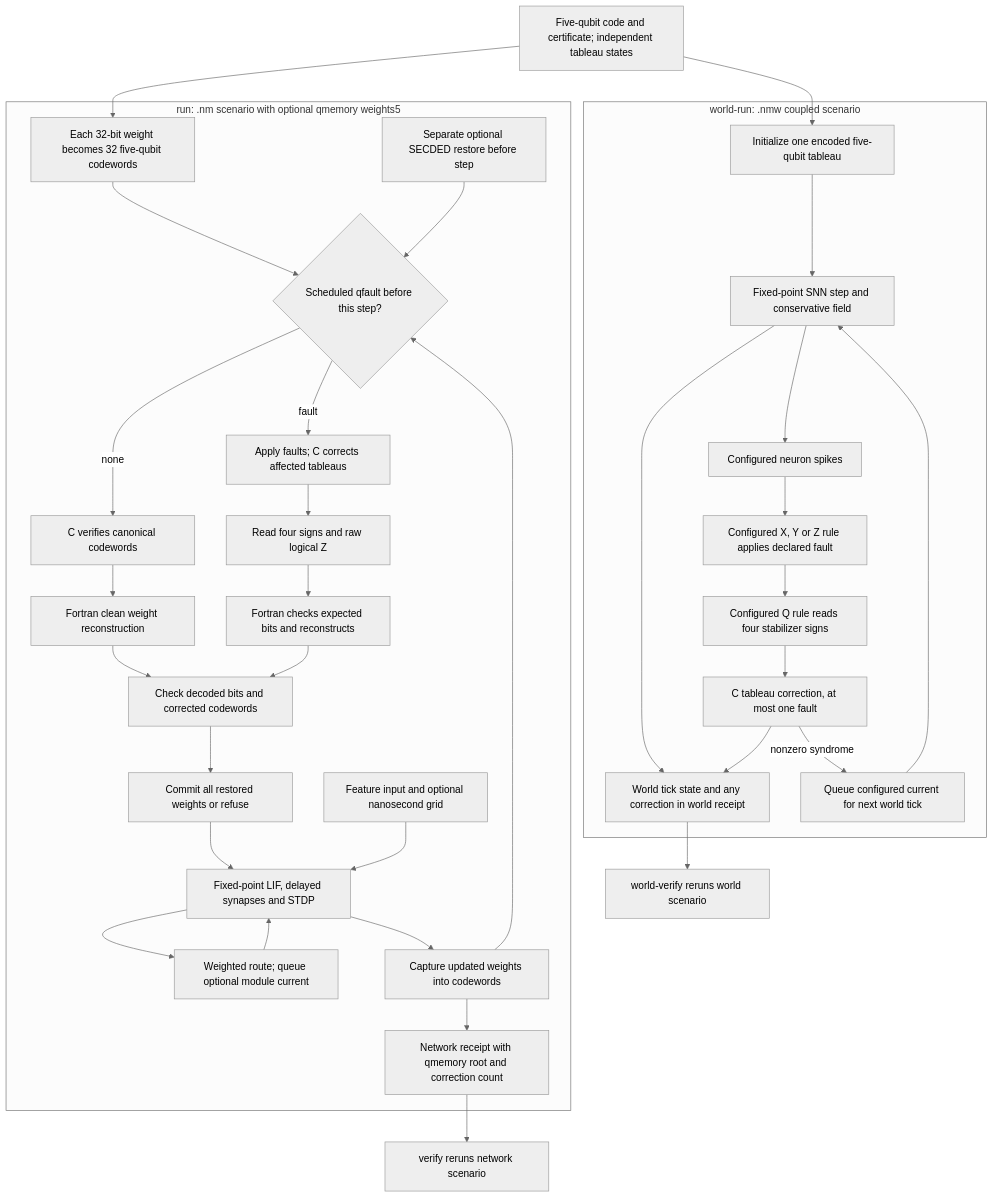
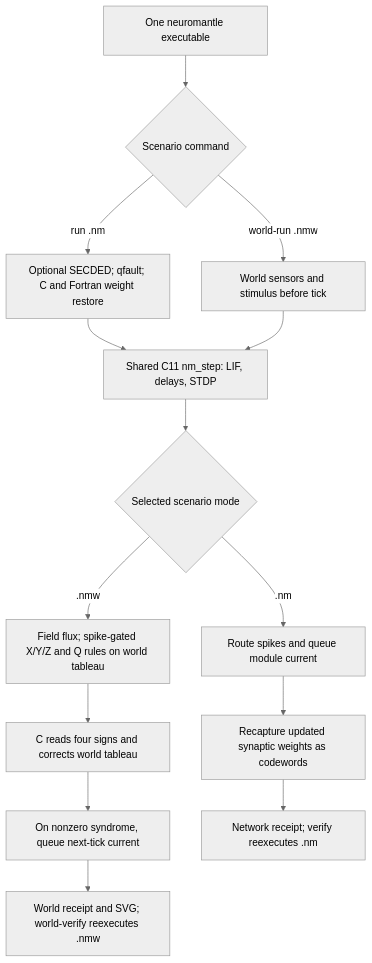
The diagram in README.md (fireside25a-beep/Primitive-Quantum-Closed-Routine-SNN), drawn with Mermaid (neutral theme) before and after one commit. The commit also changed other lines of this file, not shown here.

Commit message:
Clarify neuromantle executable modes in README
Updated the README to clarify the functionality of the neuromantle executable and its two runtime modes, including detailed descriptions of the world-run and run scenarios.

````diff
--- a/README.md
+++ b/README.md
@@ -13,37 +13,16 @@
 ```mermaid
-flowchart TB
-  Cert["Five-qubit code and certificate; independent tableau states"] --> WInit
-  Cert --> MInit
-  subgraph World["world-run: .nmw coupled scenario"]
-    WInit["Initialize one encoded five-qubit tableau"] --> WStep["Fixed-point SNN step and conservative field"]
-    WStep --> WReceipt["World tick state and any correction in world receipt"]
-    WStep --> WSpike["Configured neuron spikes"]
-    WSpike --> WFault["Configured X, Y or Z rule applies declared fault"]
-    WFault --> WRead["Configured Q rule reads four stabilizer signs"]
-    WRead --> WCorrect["C tableau correction, at most one fault"]
-    WCorrect -->|nonzero syndrome| WFeedback["Queue configured current for next world tick"]
-    WFeedback --> WStep
-    WCorrect --> WReceipt
-  end
-  subgraph Memory["run: .nm scenario with optional qmemory weights5"]
-    MInit["Each 32-bit weight becomes 32 five-qubit codewords"] --> MRestore{"Scheduled qfault before this step?"}
-    MRestore -->|none| MClean["C verifies canonical codewords"]
-    MClean --> MFortranClean["Fortran clean weight reconstruction"]
-    MRestore -->|fault| MFault["Apply faults; C corrects affected tableaus"]
-    MFault --> MRead["Read four signs and raw logical Z"]
-    MRead --> MFortranFault["Fortran checks expected bits and reconstructs"]
-    MFortranClean --> MCheck["Check decoded bits and corrected codewords"]
-    MFortranFault --> MCheck
-    MCheck --> MCommit["Commit all restored weights or refuse"]
-    MCommit --> MStep["Fixed-point LIF, delayed synapses and STDP"]
-    MStep --> MRoute["Weighted route; queue optional module current"]
-    MRoute --> MStep
-    MStep --> MCapture["Capture updated weights into codewords"]
-    MCapture --> MRestore
-    MCapture --> MReceipt["Network receipt with qmemory root and correction count"]
-    MInput["Feature input and optional nanosecond grid"] --> MStep
-    MEcc["Separate optional SECDED restore before step"] --> MRestore
-  end
-  WReceipt --> WVerify["world-verify reruns world scenario"]
-  MReceipt --> MVerify["verify reruns network scenario"]
+flowchart TD
+  Start["One neuromantle executable"] --> Mode{"Scenario command"}
+  Mode -->|run .nm| NetBefore["Optional SECDED; qfault; C and Fortran weight restore"]
+  Mode -->|world-run .nmw| WorldBefore["World sensors and stimulus before tick"]
+  NetBefore --> Step["Shared C11 nm_step: LIF, delays, STDP"]
+  WorldBefore --> Step
+  Step --> Path{"Selected scenario mode"}
+  Path -->|.nm| NetAfter["Route spikes and queue module current"]
+  Path -->|.nmw| WorldAfter["Field flux; spike-gated X/Y/Z and Q rules on world tableau"]
+  WorldAfter --> WorldDecode["C reads four signs and corrects world tableau"]
+  WorldDecode --> WorldFeedback["On nonzero syndrome, queue next-tick current"]
+  NetAfter --> NetCapture["Recapture updated synaptic weights as codewords"]
+  NetCapture --> NetReceipt["Network receipt; verify reexecutes .nm"]
+  WorldFeedback --> WorldReceipt["World receipt and SVG; world-verify reexecutes .nmw"]
 ```
````
